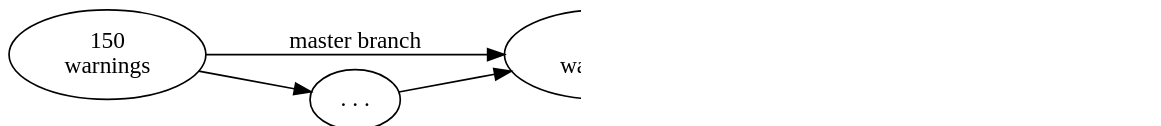
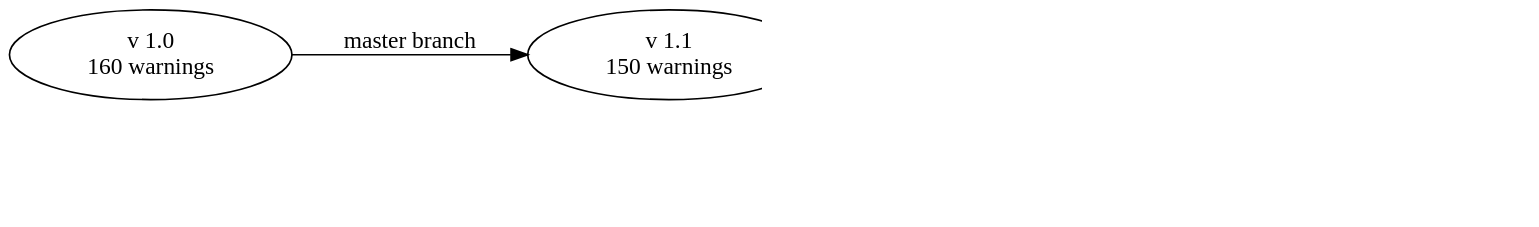
The fourth of 5 diagrams in src/main/asciidoc/csa.adoc (inponomarev/csa), drawn with Graphviz before and after one commit. The commit also changed other lines of this file and 1 other file, not shown here.

Commit message:
better git graphs

```diff
--- a/src/main/asciidoc/csa.adoc
+++ b/src/main/asciidoc/csa.adoc
@@ -273,18 +296,23 @@
 [graphviz, "ratchet-p3.png"]
 -----
 digraph G {
   rankdir="LR";
   graph [ dpi = 150 ];
+  ri[label="v 1.0\n 160 warnings"];
+  ri -> r1 [label="master branch"];
   r1 -> r2 [label="master branch"];
-  r1->b1;
-  r1[label="150\nwarnings"];
-  b1[label=". . ."];
-  b1->r2;
-  r2[label="148\nwarnings"];
-  r2->r3 [label="master branch"];
-  r2->b5;
-  b5->r3;
-  b5[label=". . ."];
-  r3[label="149\nwarnings", color="red", xlabel=<<font color="red">merge blocked</font>>];
+  
+  
+  r1[label="v 1.1\n 150 warnings"];
+  
+  
+  r2[label="v 1.2\n148 warnings"];
+  r2->r3;
+  
+  
+  b2->r3;
+  
+  b2[label="+ 1\nwarning"]
+  r3[label="149\nwarnings", color="red", xlabel=<<font color="red">merge blocked</font>>]
 }
 -----
```
